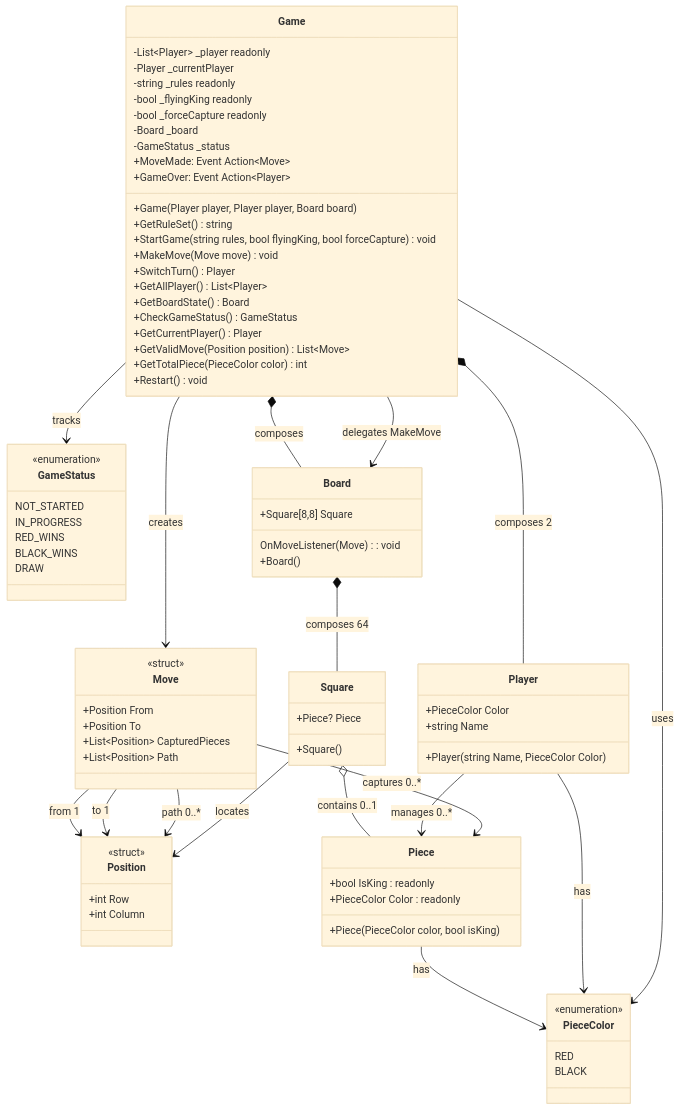
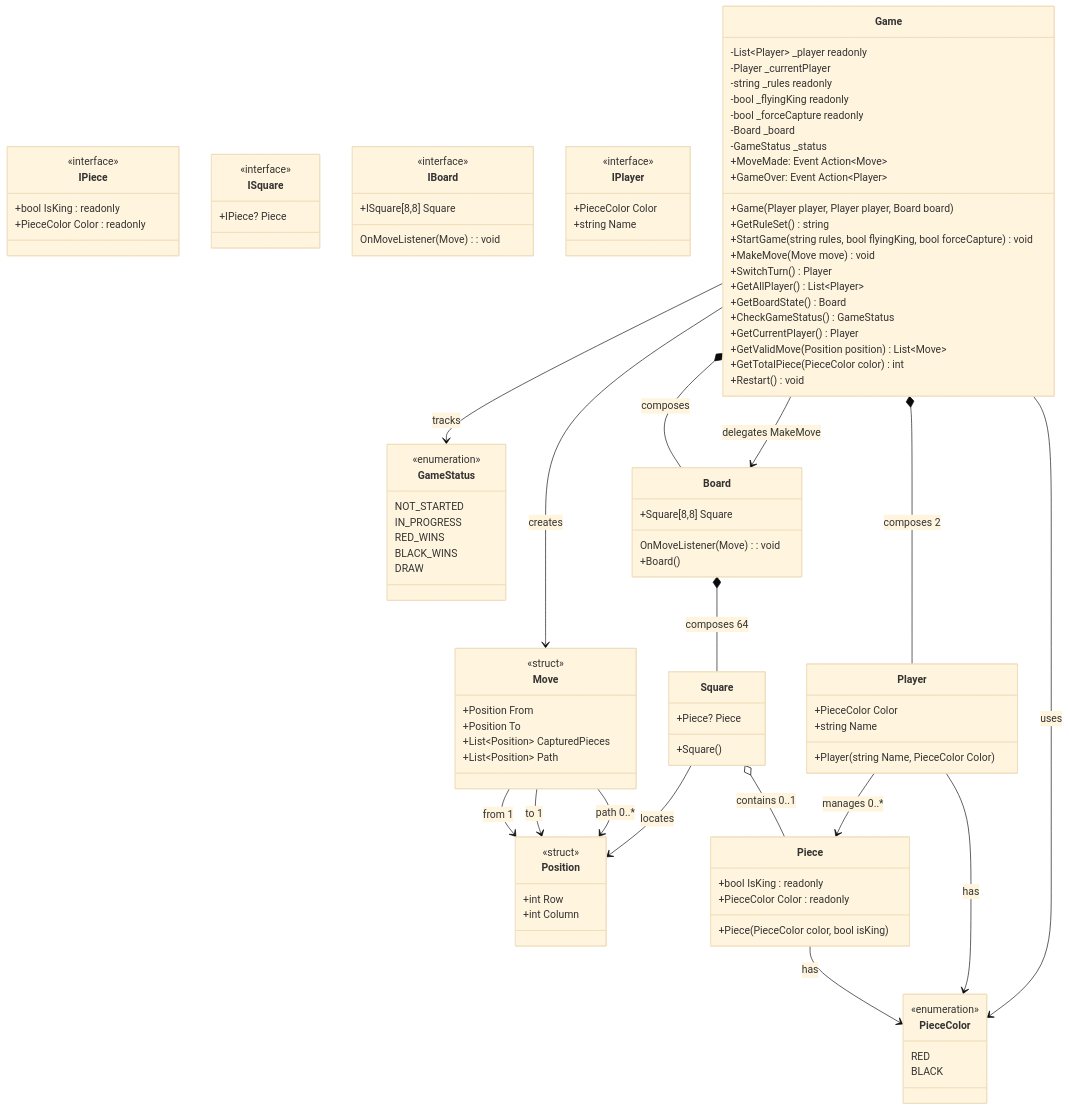
One commit to Dvizio/Batch20 changed the diagram in CheckersBoardgameClassDiagram/mermaidrevision.md. Above: the diagram before and after it, drawn with Mermaid (base theme).

```diff
--- a/CheckersBoardgameClassDiagram/mermaidrevision.md
+++ b/CheckersBoardgameClassDiagram/mermaidrevision.md
@@ -25,6 +25,30 @@
     +int Column
   }
 
+  %% Interfaces
+  class IPiece {
+    <<interface>>
+    +bool IsKing : readonly
+    +PieceColor Color : readonly
+  }
+
+  class ISquare {
+    <<interface>>
+    +IPiece? Piece
+  }
+
+  class IBoard {
+    <<interface>>
+    +ISquare[8,8] Square
+    OnMoveListener(Move) : void
+  }
+
+  class IPlayer {
+    <<interface>>
+    +PieceColor Color
+    +string Name
+  }
+
   %% Single Piece class (no interface - only one piece type exists)
   class Piece {
     +bool IsKing : readonly
@@ -43,6 +67,7 @@
     OnMoveListener(Move) : void
     +Board()
   }
+
 
   %% Move as pure data/intent - no Execute()
   class Move {
@@ -108,9 +133,6 @@
   Move --> Position : to 1
   Move --> Position : path 0..*
 
-  %% Association: Move may capture pieces (chain capture support)
-  Move --> Piece : captures 0..*
-
   %% Dependency: Game uses Move; Board is the sole mutator
   Game --> Move : creates
   Game --> Board : delegates MakeMove
```
